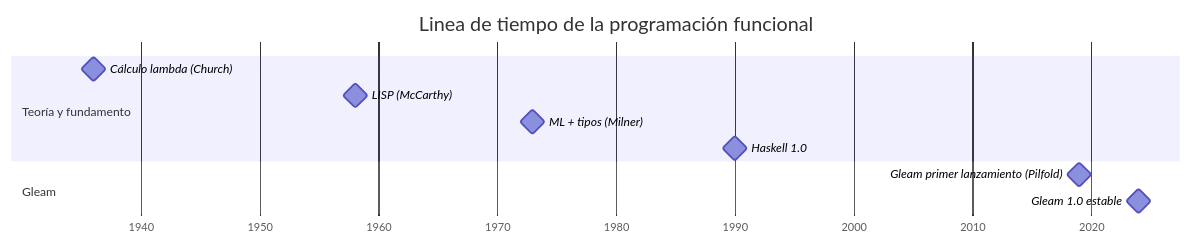
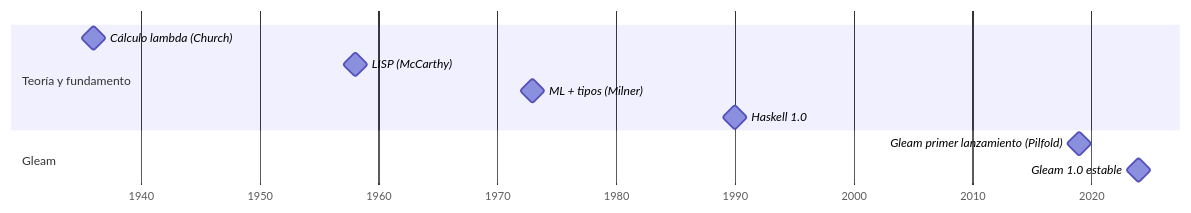
Before and after one commit to Pabblin/programacionlogicayfuncional: the diagram in research/Línea de tiempo de la programación funcional: de 1930 a Gleam (2024)/readme.md, drawn with Mermaid.

Commit message:
V2.2
Removed title from Gantt chart in README.

````diff
--- a/research/Línea de tiempo de la programación funcional: de 1930 a Gleam (2024)/readme.md
+++ b/research/Línea de tiempo de la programación funcional: de 1930 a Gleam (2024)/readme.md
@@ -27,16 +27,15 @@
 ```mermaid
 gantt
-    title Linea de tiempo de la programación funcional
     dateFormat YYYY
     axisFormat %Y
 
     section Teoría y fundamento
     Cálculo lambda (Church)           :milestone, 1936, 0d
     LISP (McCarthy)                   :milestone, 1958, 0d
     ML + tipos (Milner)               :milestone, 1973, 0d
     Haskell 1.0                       :milestone, 1990, 0d
 
     section Gleam
     Gleam primer lanzamiento (Pilfold) :milestone, 2019, 0d
     Gleam 1.0 estable                 :milestone, 2024, 0d
 ```
````
